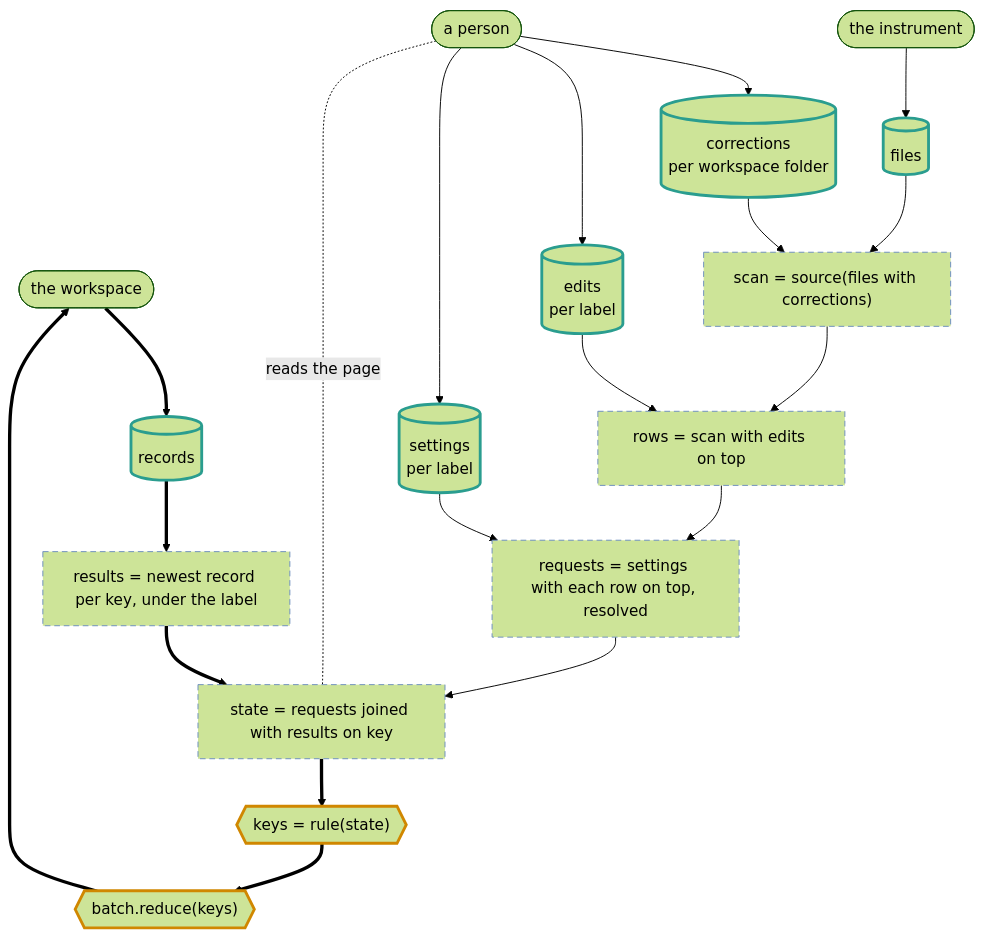
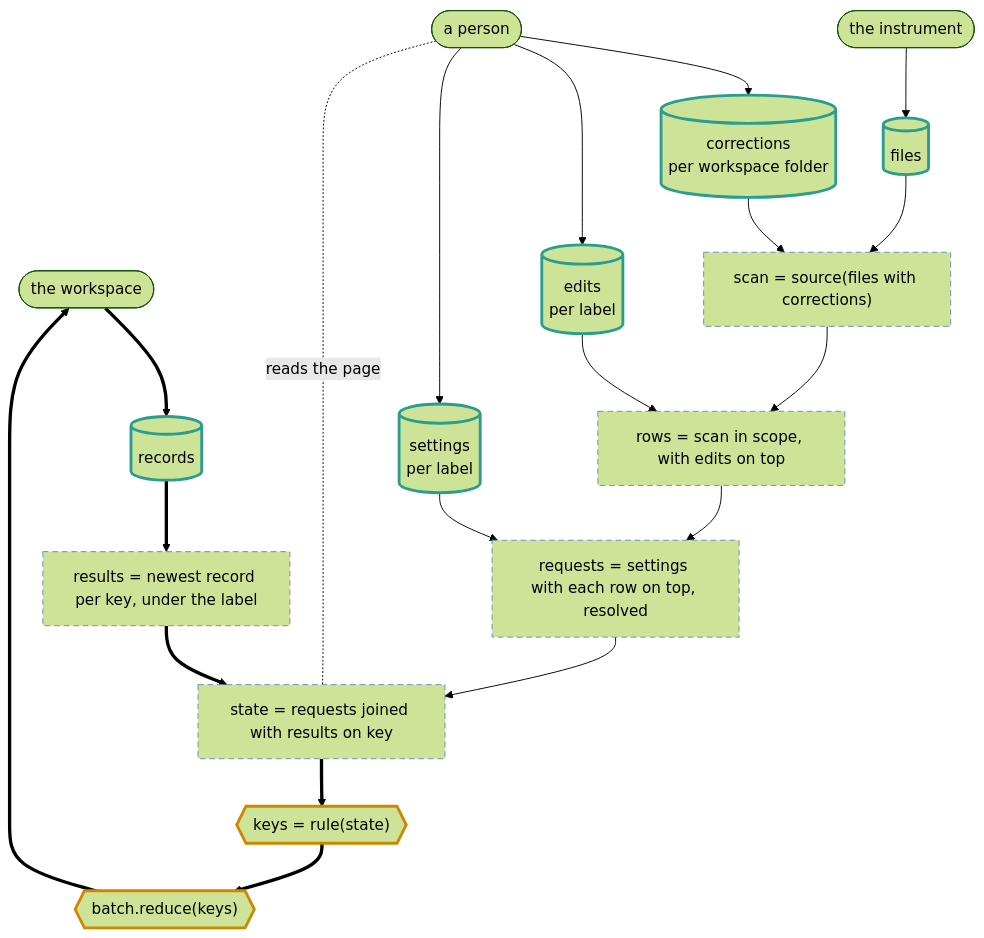
One commit to scipp/essapps changed the first of 2 diagrams in packages/essapps/docs/batch.md. Above: the diagram before and after it, drawn with Mermaid (forest theme). The commit also changed other lines of this file and 22 other files, not shown here.

````diff
--- a/packages/essapps/docs/batch.md
+++ b/packages/essapps/docs/batch.md
@@ -96,31 +97,31 @@
 ```mermaid
 flowchart TB
     workspace([the workspace])
     instrument([the instrument])
     person([a person])
     records[(records)]
     files[(files)]
     corrections[("corrections<br>per workspace folder")]
     edits[("edits<br>per label")]
     settings[("settings<br>per label")]
     scan["scan = source(files with corrections)"]
-    rows["rows = scan with edits on top"]
+    rows["rows = scan in scope, with edits on top"]
     requests["requests = settings with each row on top, resolved"]
     results["results = newest record per key, under the label"]
     state["state = requests joined with results on key"]
     rule{{"keys = rule(state)"}}
     submit{{"batch.reduce(keys)"}}
     workspace ==> records ==> results ==> state ==> rule ==> submit ==> workspace
     instrument --> files
     person --> corrections & edits & settings
     files & corrections --> scan --> rows
     edits --> rows
     rows & settings --> requests --> state
     person -. reads the page .- state
     classDef stored stroke:#2a9d8f,stroke-width:3px
     classDef derived stroke:#6c8ebf,stroke-width:1px,stroke-dasharray:6 4
     classDef cycle stroke:#d08700,stroke-width:3px
     class files,corrections,edits,settings,records stored
     class scan,rows,requests,results,state derived
     class rule,submit cycle
 ```
````
